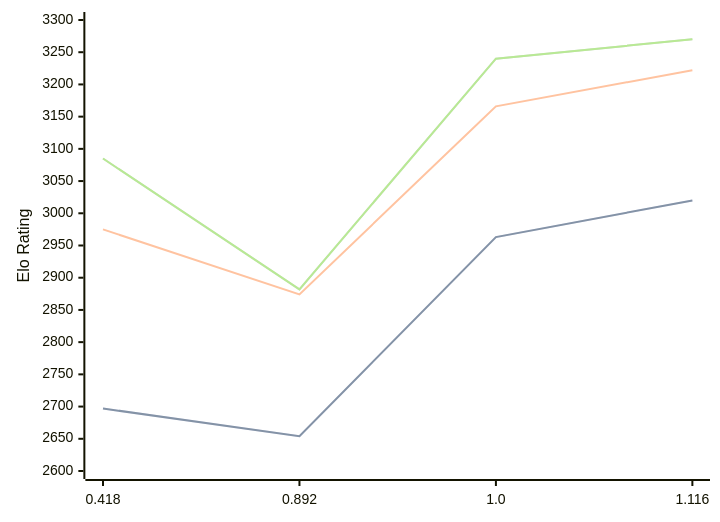
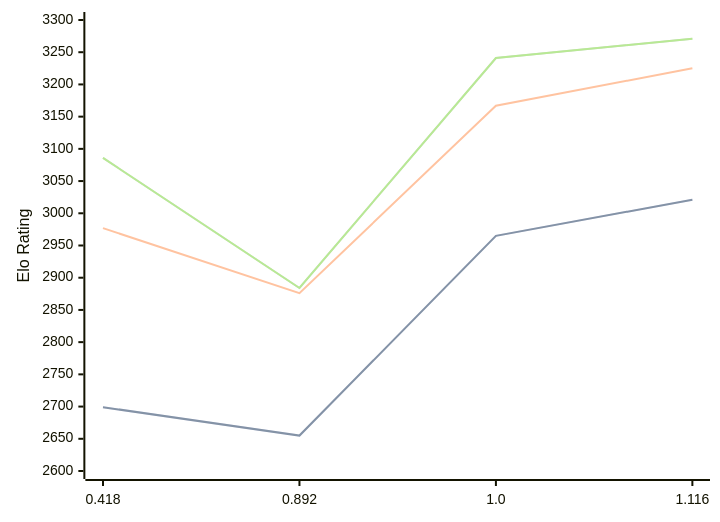
The diagram in engines/Malika.md (computer-chess-index/cci), drawn with Mermaid before and after one commit. The commit also changed other lines of this file, not shown here.

Commit message:
Update CCI Ratings (ELO VLTC) - 2026-06-11

````diff
--- a/engines/Malika.md
+++ b/engines/Malika.md
@@ -34,11 +34,11 @@
 ```mermaid
 %%{init: {"theme":"base","themeVariables":{"seriesColors:['#a3a3a3','#222221','#faa371']}}}%%
 xychart-beta
   x-axis ["0.418", "0.892", "1.0", "1.116"]
   y-axis "Elo Rating" 2600 --> 3300
-  line "STC (8.0+0.08s)" [2697, 2654, 2963, 3020]
-  line "STC (8.0+0.08s)" [2697, 2654, 2963, 3020]
-  line "LTC (60.0+0.60s)" [2975, 2874, 3166, 3222]
-  line "VLTC (2m24s+1.12s)" [3085, 2882, 3240, 3270]
-  line "VLTC (2m24s+1.12s)" [3085, 2882, 3240, 3270]
+  line "STC (8.0+0.08s)" [2699, 2655, 2965, 3021]
+  line "STC (8.0+0.08s)" [2699, 2655, 2965, 3021]
+  line "LTC (60.0+0.60s)" [2977, 2876, 3167, 3225]
+  line "VLTC (2m24s+1.12s)" [3086, 2884, 3241, 3271]
+  line "VLTC (2m24s+1.12s)" [3086, 2884, 3241, 3271]
 ```
````
